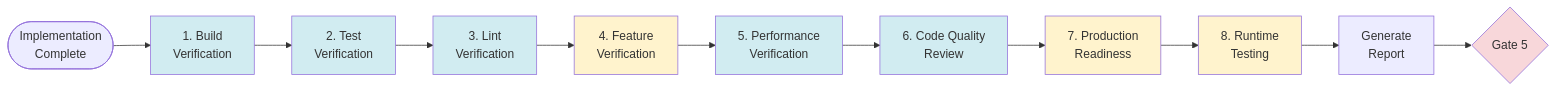
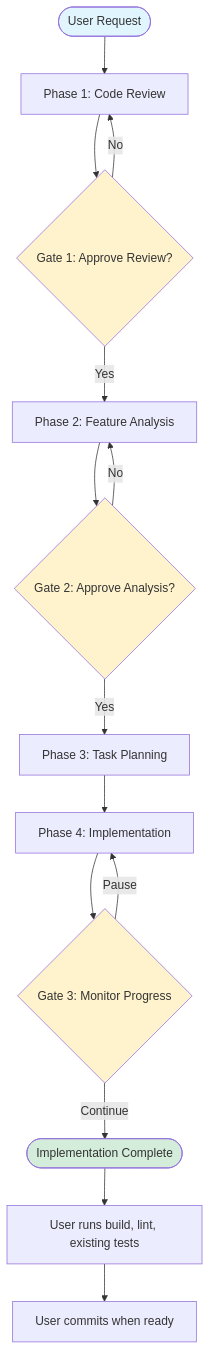
One commit to bgauryy/octocode-mcp changed the third of 3 diagrams in octocode-claude-plugin/docs/FLOW.md. Above: the diagram before and after it, drawn with Mermaid. The commit also changed other lines of this file and 17 other files, not shown here.

````diff
--- a/octocode-claude-plugin/docs/FLOW.md
+++ b/octocode-claude-plugin/docs/FLOW.md
@@ -464,23 +327,22 @@
 ```mermaid
-flowchart LR
-    Start([Implementation<br/>Complete]) --> Build[1. Build<br/>Verification]
-    Build --> Tests[2. Test<br/>Verification]
-    Tests --> Lint[3. Lint<br/>Verification]
-    Lint --> Features[4. Feature<br/>Verification]
-    Features --> Perf[5. Performance<br/>Verification]
-    Perf --> Code[6. Code Quality<br/>Review]
-    Code --> Prod[7. Production<br/>Readiness]
-    Prod --> Runtime[8. Runtime<br/>Testing]
-    Runtime --> Report[Generate<br/>Report]
-    Report --> Gate5{Gate 5}
+flowchart TD
+    Start([User Request]) --> P1[Phase 1: Code Review]
+    P1 --> G1{Gate 1: Approve Review?}
+    G1 -->|No| P1
+    G1 -->|Yes| P2[Phase 2: Feature Analysis]
+    P2 --> G2{Gate 2: Approve Analysis?}
+    G2 -->|No| P2
+    G2 -->|Yes| P3[Phase 3: Task Planning]
+    P3 --> P4[Phase 4: Implementation]
+    P4 --> G3{Gate 3: Monitor Progress}
+    G3 -->|Pause| P4
+    G3 -->|Continue| End([Implementation Complete])
+    End --> Manual[User runs build, lint, existing tests]
+    Manual --> Commit[User commits when ready]
 
-    style Build fill:#d1ecf1
-    style Tests fill:#d1ecf1
-    style Lint fill:#d1ecf1
-    style Features fill:#fff3cd
-    style Perf fill:#d1ecf1
-    style Code fill:#d1ecf1
-    style Prod fill:#fff3cd
-    style Runtime fill:#fff3cd
-    style Gate5 fill:#f8d7da
+    style Start fill:#e1f5ff
+    style End fill:#d4edda
+    style G1 fill:#fff3cd
+    style G2 fill:#fff3cd
+    style G3 fill:#fff3cd
 ```
````
